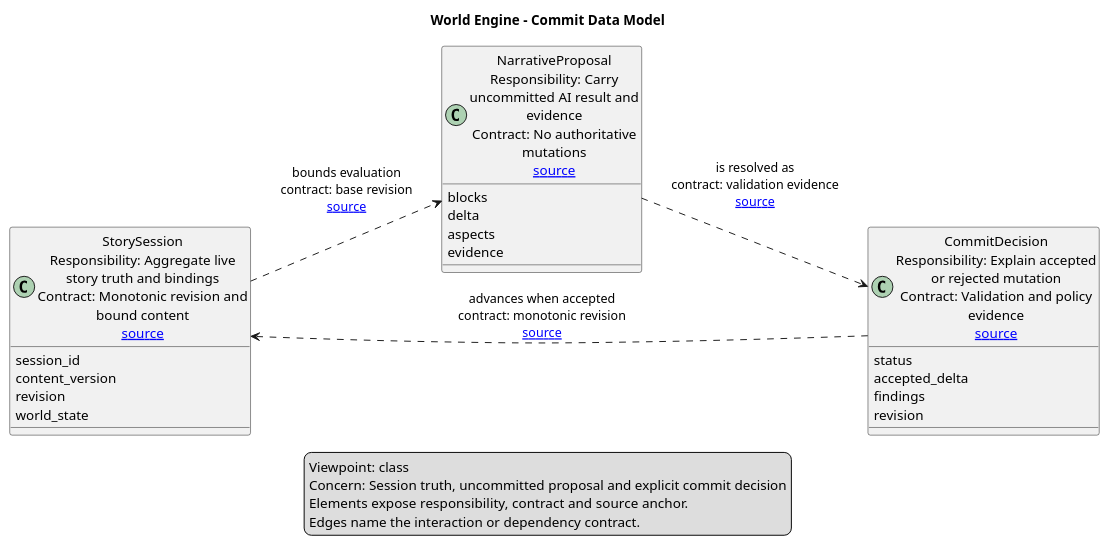
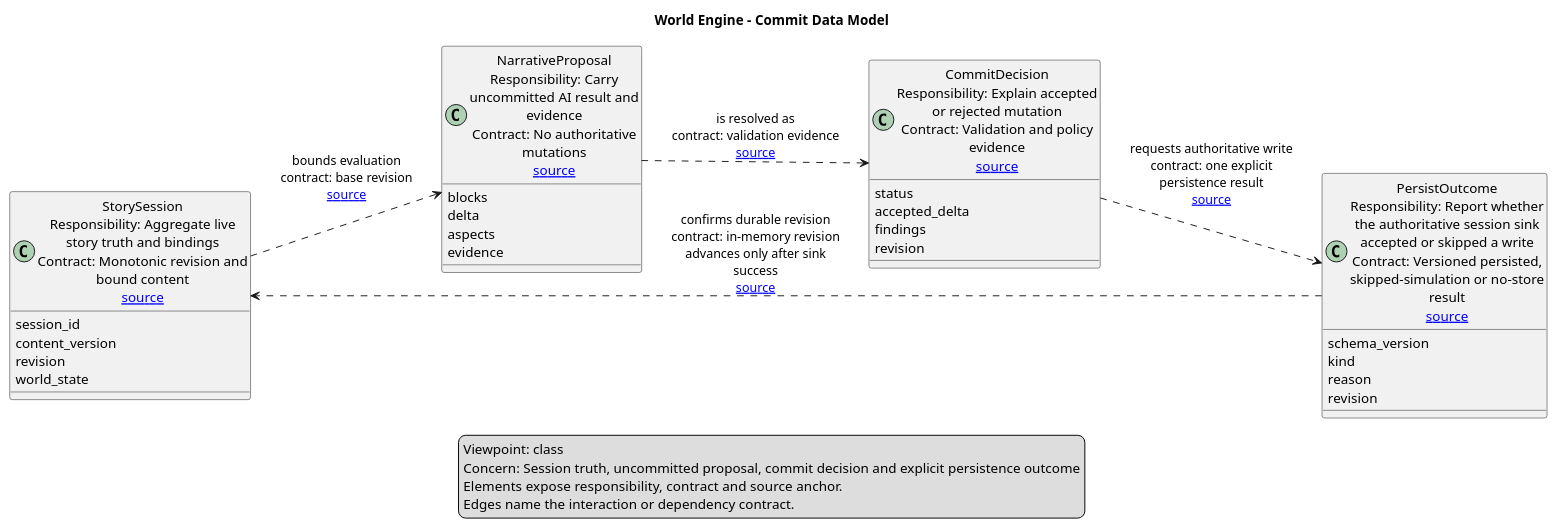
The diagram in UML/Components/world-engine/classes/commit-data-model.puml (Held0fTheWelt/ASHEN-SHELL), drawn with PlantUML before and after one commit. The commit also changed 17 other files, not shown here.

Commit message:
fix(runtime): expose durable persistence outcomes

```diff
--- a/UML/Components/world-engine/classes/commit-data-model.puml
+++ b/UML/Components/world-engine/classes/commit-data-model.puml
@@ -1,43 +1,51 @@
 @startuml
 ' bt-view-kind: class
 ' bt-view-id: world-engine:commit-data-model
 title World Engine - Commit Data Model
 left to right direction
 skinparam shadowing false
 skinparam wrapWidth 220
 skinparam maxMessageSize 180
 
 ' bt-element-id: session
 ' bt-element-id: proposal
 ' bt-element-id: commit
+' bt-element-id: persistence_result
 
 class "StorySession\nResponsibility: Aggregate live story truth and bindings\nContract: Monotonic revision and bound content\n[[../../../../world-engine/world_engine/story_runtime/manager/session/session_payloads.py source]]" as session {
   session_id
   content_version
   revision
   world_state
 }
 class "NarrativeProposal\nResponsibility: Carry uncommitted AI result and evidence\nContract: No authoritative mutations\n[[../../../../world-engine/world_engine/story_runtime/commit_models.py source]]" as proposal {
   blocks
   delta
   aspects
   evidence
 }
 class "CommitDecision\nResponsibility: Explain accepted or rejected mutation\nContract: Validation and policy evidence\n[[../../../../world-engine/world_engine/story_runtime/manager/commit_finalization.py source]]" as commit {
   status
   accepted_delta
   findings
   revision
 }
+class "PersistOutcome\nResponsibility: Report whether the authoritative session sink accepted or skipped a write\nContract: Versioned persisted, skipped-simulation or no-store result\n[[../../../../world-engine/world_engine/story_runtime/persist_outcome.py source]]" as persistence_result {
+  schema_version
+  kind
+  reason
+  revision
+}
 
-commit ..> session : "advances when accepted\ncontract: monotonic revision\n[[../../../../world-engine/world_engine/story_runtime/story_session_store.py source]]"
+commit ..> persistence_result : "requests authoritative write\ncontract: one explicit persistence result\n[[../../../../world-engine/world_engine/story_runtime/manager/session/manager_init_and_persistence.py source]]"
+persistence_result ..> session : "confirms durable revision\ncontract: in-memory revision advances only after sink success\n[[../../../../world-engine/world_engine/story_runtime/manager/session/manager_init_and_persistence.py source]]"
 proposal ..> commit : "is resolved as\ncontract: validation evidence\n[[../../../../world-engine/world_engine/story_runtime/narrative_commit_resolution.py source]]"
 session ..> proposal : "bounds evaluation\ncontract: base revision\n[[../../../../world-engine/world_engine/story_runtime/commit_models.py source]]"
 
 legend bottom
 Viewpoint: class
-Concern: Session truth, uncommitted proposal and explicit commit decision
+Concern: Session truth, uncommitted proposal, commit decision and explicit persistence outcome
 Elements expose responsibility, contract and source anchor.
 Edges name the interaction or dependency contract.
 endlegend
 @enduml
```
